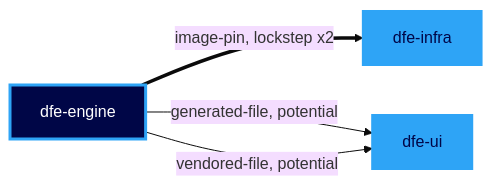
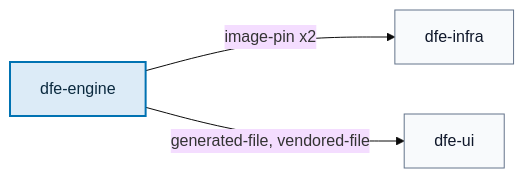
The fifth of 19 diagrams in docs/suite-graph.md (hyperi-io/dfe-infra), drawn with Mermaid (base theme) before and after one commit. The commit also changed other lines of this file and 5 other files, not shown here.

First line of the commit message:
fix(suite-graph): draw the suite diagrams to the diagram standard

````diff
--- a/docs/suite-graph.md
+++ b/docs/suite-graph.md
@@ -162,11 +210,16 @@
 ```mermaid
 flowchart LR
-  dfe_engine["dfe-engine"]:::producer
-  dfe_infra["dfe-infra"]:::suite
-  dfe_engine ==>|image-pin, lockstep x2| dfe_infra
-  dfe_ui["dfe-ui"]:::suite
-  dfe_engine -->|generated-file, potential| dfe_ui
-  dfe_engine -->|vendored-file, potential| dfe_ui
-  classDef suite fill:#2EA4F6,stroke:#2EA4F6,stroke-width:2px,color:#000647
-  classDef producer fill:#000647,stroke:#2EA4F6,stroke-width:3px,color:#FFFFFF
+    accTitle: L4 Detail -- dfe-engine build cycle
+    accDescr: A dfe-engine release puts 2 consumers in motion. dfe-infra takes image-pin x2. dfe-ui takes generated-file and vendored-file.
+
+    dfe_engine["dfe-engine"]
+    dfe_infra["dfe-infra"]
+    dfe_ui["dfe-ui"]
+
+    dfe_engine -->|image-pin x2| dfe_infra
+    dfe_engine -->|generated-file, vendored-file| dfe_ui
+
+    classDef default fill:#F8FAFC,stroke:#64748B,stroke-width:1px,color:#0F172A
+    classDef core fill:#DCEBF7,stroke:#0072B2,stroke-width:2px,color:#0B2A3F
+    class dfe_engine core
 ```
````
